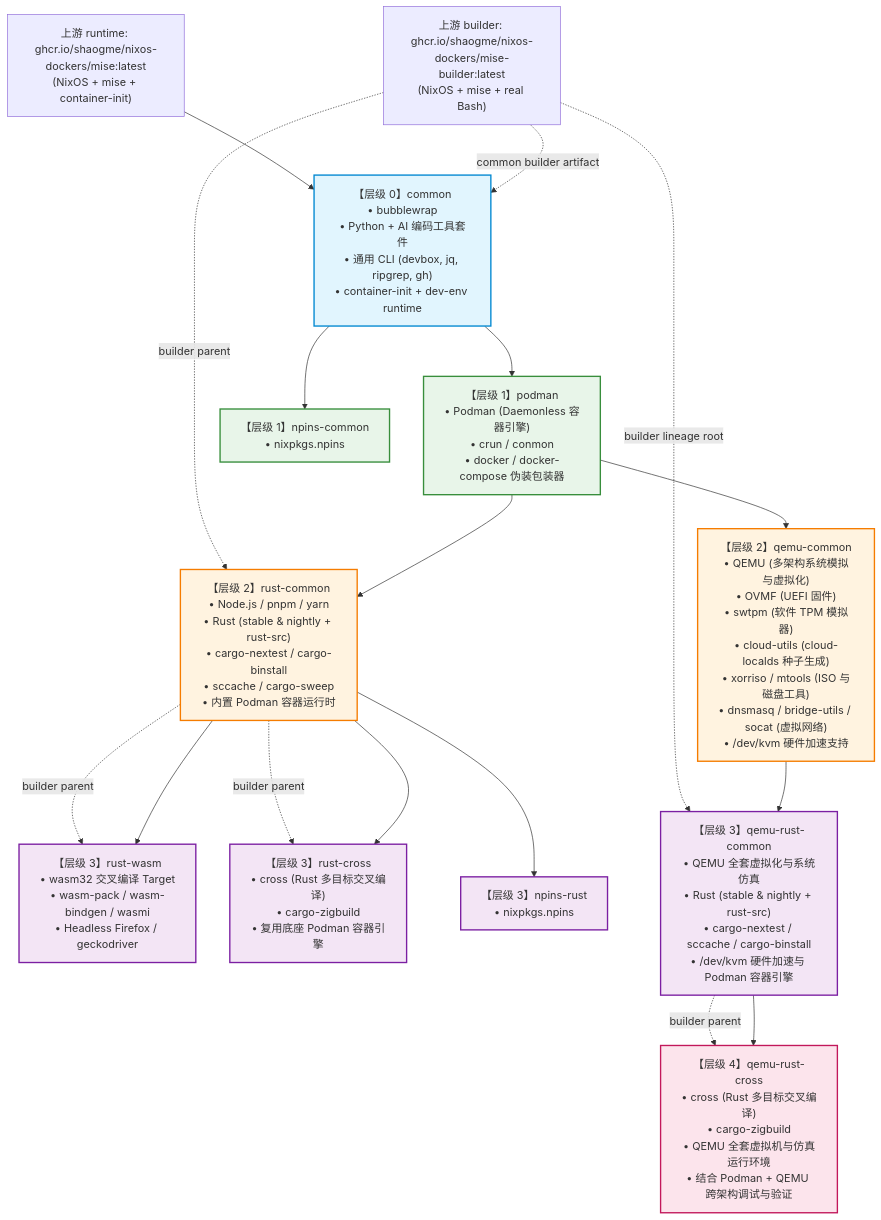
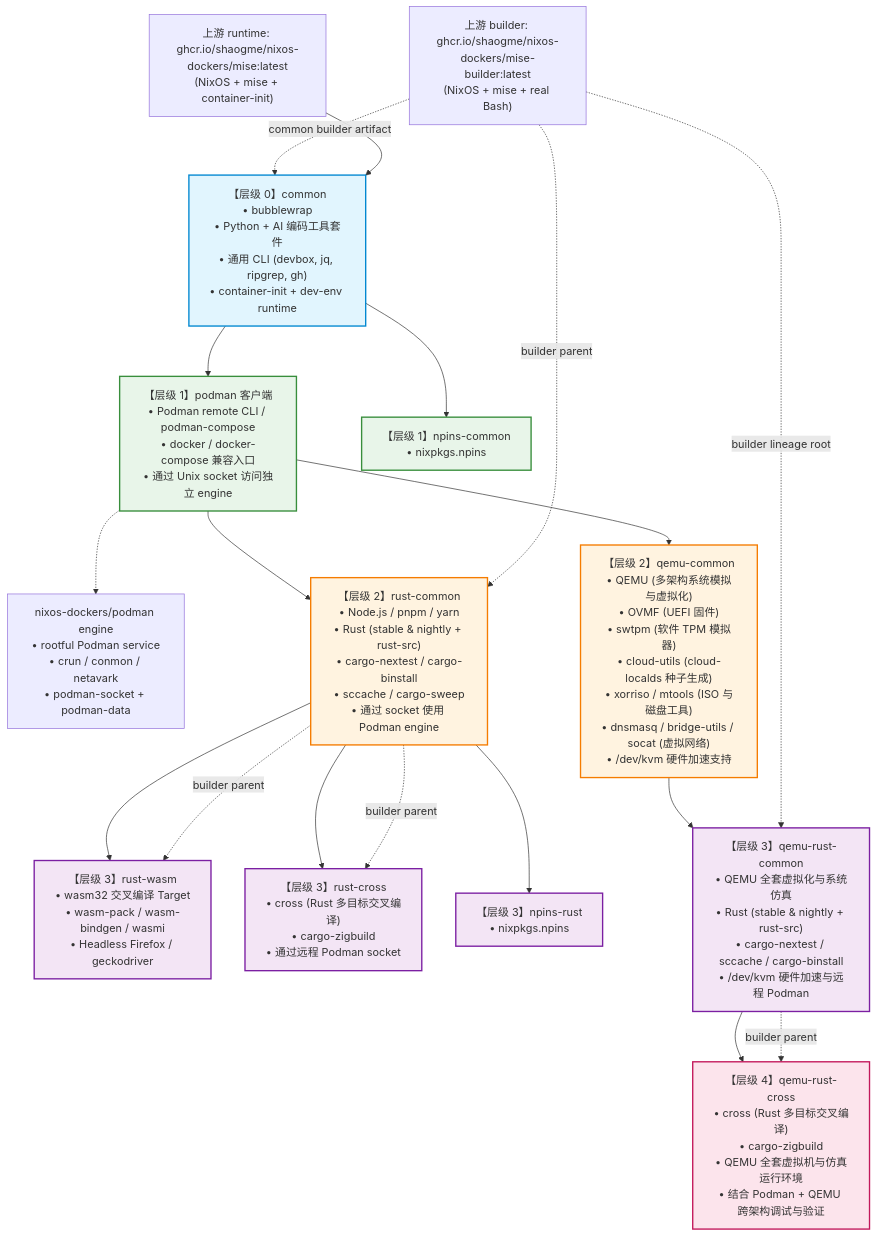
One commit to shaogme/coding-images changed the first of 5 diagrams in README.md. Above: the diagram before and after it, drawn with Mermaid. The commit also changed other lines of this file and 29 other files, not shown here.

````diff
--- a/README.md
+++ b/README.md
@@ -64,54 +64,56 @@
 ```mermaid
 flowchart TD
     Upstream["上游 runtime: ghcr.io/shaogme/nixos-dockers/mise:latest<br/>(NixOS + mise + container-init)"]
     Builder["上游 builder: ghcr.io/shaogme/nixos-dockers/mise-builder:latest<br/>(NixOS + mise + real Bash)"]
     
     Common["【层级 0】common<br/>• bubblewrap<br/>• Python + AI 编码工具套件<br/>• 通用 CLI (devbox, jq, ripgrep, gh)<br/>• container-init + dev-env runtime"]
 
-    Podman["【层级 1】podman<br/>• Podman (Daemonless 容器引擎)<br/>• crun / conmon<br/>• docker / docker-compose 伪装包装器"]
+    Podman["【层级 1】podman 客户端<br/>• Podman remote CLI / podman-compose<br/>• docker / docker-compose 兼容入口<br/>• 通过 Unix socket 访问独立 engine"]
+    Engine["nixos-dockers/podman engine<br/>• rootful Podman service<br/>• crun / conmon / netavark<br/>• podman-socket + podman-data"]
     
     NpinsCommon["【层级 1】npins-common<br/>• nixpkgs.npins"]
 
-    RustCommon["【层级 2】rust-common<br/>• Node.js / pnpm / yarn<br/>• Rust (stable & nightly + rust-src)<br/>• cargo-nextest / cargo-binstall<br/>• sccache / cargo-sweep<br/>• 内置 Podman 容器运行时"]
+    RustCommon["【层级 2】rust-common<br/>• Node.js / pnpm / yarn<br/>• Rust (stable & nightly + rust-src)<br/>• cargo-nextest / cargo-binstall<br/>• sccache / cargo-sweep<br/>• 通过 socket 使用 Podman engine"]
 
     QemuCommon["【层级 2】qemu-common<br/>• QEMU (多架构系统模拟与虚拟化)<br/>• OVMF (UEFI 固件)<br/>• swtpm (软件 TPM 模拟器)<br/>• cloud-utils (cloud-localds 种子生成)<br/>• xorriso / mtools (ISO 与磁盘工具)<br/>• dnsmasq / bridge-utils / socat (虚拟网络)<br/>• /dev/kvm 硬件加速支持"]
     
     RustWasm["【层级 3】rust-wasm<br/>• wasm32 交叉编译 Target<br/>• wasm-pack / wasm-bindgen / wasmi<br/>• Headless Firefox / geckodriver"]
     
-    RustCross["【层级 3】rust-cross<br/>• cross (Rust 多目标交叉编译)<br/>• cargo-zigbuild<br/>• 复用底座 Podman 容器引擎"]
+    RustCross["【层级 3】rust-cross<br/>• cross (Rust 多目标交叉编译)<br/>• cargo-zigbuild<br/>• 通过远程 Podman socket"]
 
     NpinsRust["【层级 3】npins-rust<br/>• nixpkgs.npins"]
 
-    QemuRustCommon["【层级 3】qemu-rust-common<br/>• QEMU 全套虚拟化与系统仿真<br/>• Rust (stable & nightly + rust-src)<br/>• cargo-nextest / sccache / cargo-binstall<br/>• /dev/kvm 硬件加速与 Podman 容器引擎"]
+    QemuRustCommon["【层级 3】qemu-rust-common<br/>• QEMU 全套虚拟化与系统仿真<br/>• Rust (stable & nightly + rust-src)<br/>• cargo-nextest / sccache / cargo-binstall<br/>• /dev/kvm 硬件加速与远程 Podman"]
 
     QemuRustCross["【层级 4】qemu-rust-cross<br/>• cross (Rust 多目标交叉编译)<br/>• cargo-zigbuild<br/>• QEMU 全套虚拟机与仿真运行环境<br/>• 结合 Podman + QEMU 跨架构调试与验证"]
 
     Upstream --> Common
     Builder -.->|common builder artifact| Common
     Builder -.->|builder parent| RustCommon
     RustCommon -.->|builder parent| RustWasm
     RustCommon -.->|builder parent| RustCross
     Builder -.->|builder lineage root| QemuRustCommon
     QemuRustCommon -.->|builder parent| QemuRustCross
     Common --> Podman
+    Podman -.-> Engine
     Common --> NpinsCommon
     Podman --> RustCommon
     Podman --> QemuCommon
     RustCommon --> NpinsRust
     RustCommon --> RustWasm
     RustCommon --> RustCross
     QemuCommon --> QemuRustCommon
     QemuRustCommon --> QemuRustCross
 
     classDef base fill:#e1f5fe,stroke:#0288d1,stroke-width:2px;
     classDef l1 fill:#e8f5e9,stroke:#388e3c,stroke-width:2px;
     classDef l2 fill:#fff3e0,stroke:#f57c00,stroke-width:2px;
     classDef l3 fill:#f3e5f5,stroke:#7b1fa2,stroke-width:2px;
     classDef l4 fill:#fce4ec,stroke:#c2185b,stroke-width:2px;
 
     class Common base;
     class Podman,NpinsCommon l1;
     class RustCommon,QemuCommon l2;
     class NpinsRust,RustWasm,RustCross,QemuRustCommon l3;
     class QemuRustCross l4;
 ```
````
